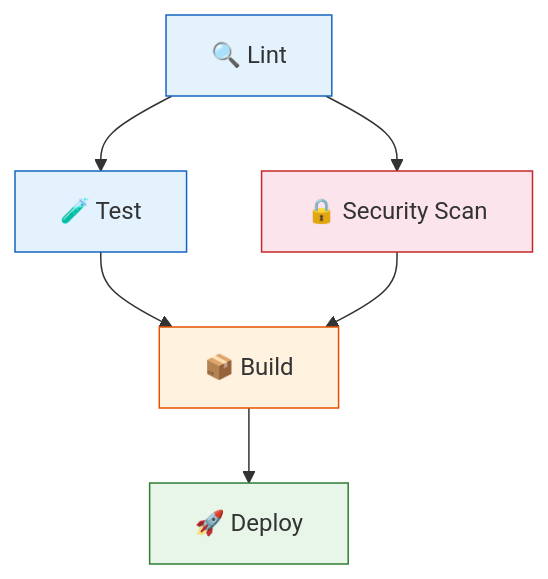
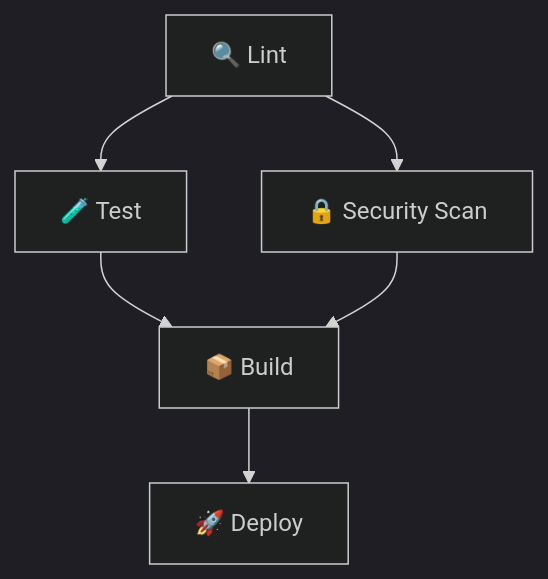
The third of 6 diagrams in 03-workflow-structure-dag/README.md (vishutyagi0210/github-ci-cd-with-labs), drawn with Mermaid before and after one commit. The commit also changed other lines of this file and 13 other files, not shown here.

Commit message:
fix: switch all mermaid diagrams to dark theme for better readability

````diff
--- a/03-workflow-structure-dag/README.md
+++ b/03-workflow-structure-dag/README.md
@@ -36,14 +36,10 @@
 ```mermaid
+%%{init: {"theme": "dark"}}%%
 graph TD
     LINT["🔍 Lint"] --> TEST["🧪 Test"]
     LINT --> SECURITY["🔒 Security Scan"]
     TEST --> BUILD["📦 Build"]
     SECURITY --> BUILD
     BUILD --> DEPLOY["🚀 Deploy"]
 
-    style LINT fill:#e3f2fd,stroke:#1565c0
-    style TEST fill:#e3f2fd,stroke:#1565c0
-    style SECURITY fill:#fce4ec,stroke:#c62828
-    style BUILD fill:#fff3e0,stroke:#e65100
-    style DEPLOY fill:#e8f5e9,stroke:#2e7d32
 ```
````
